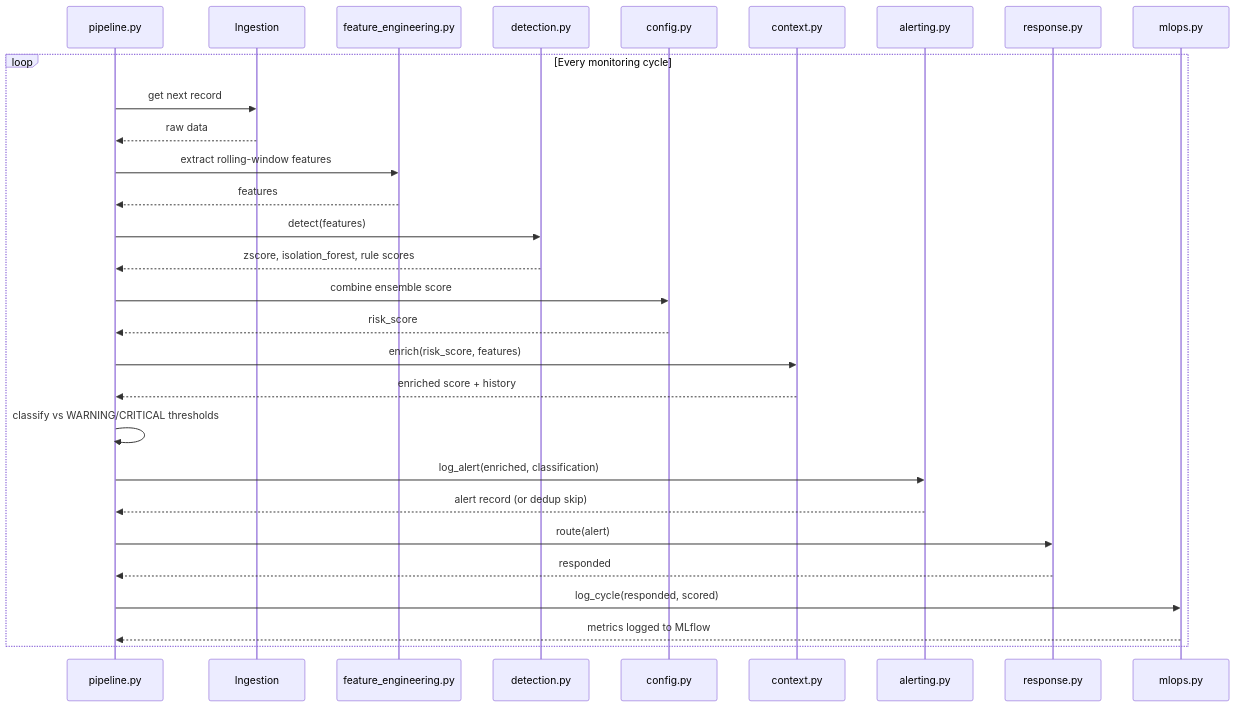
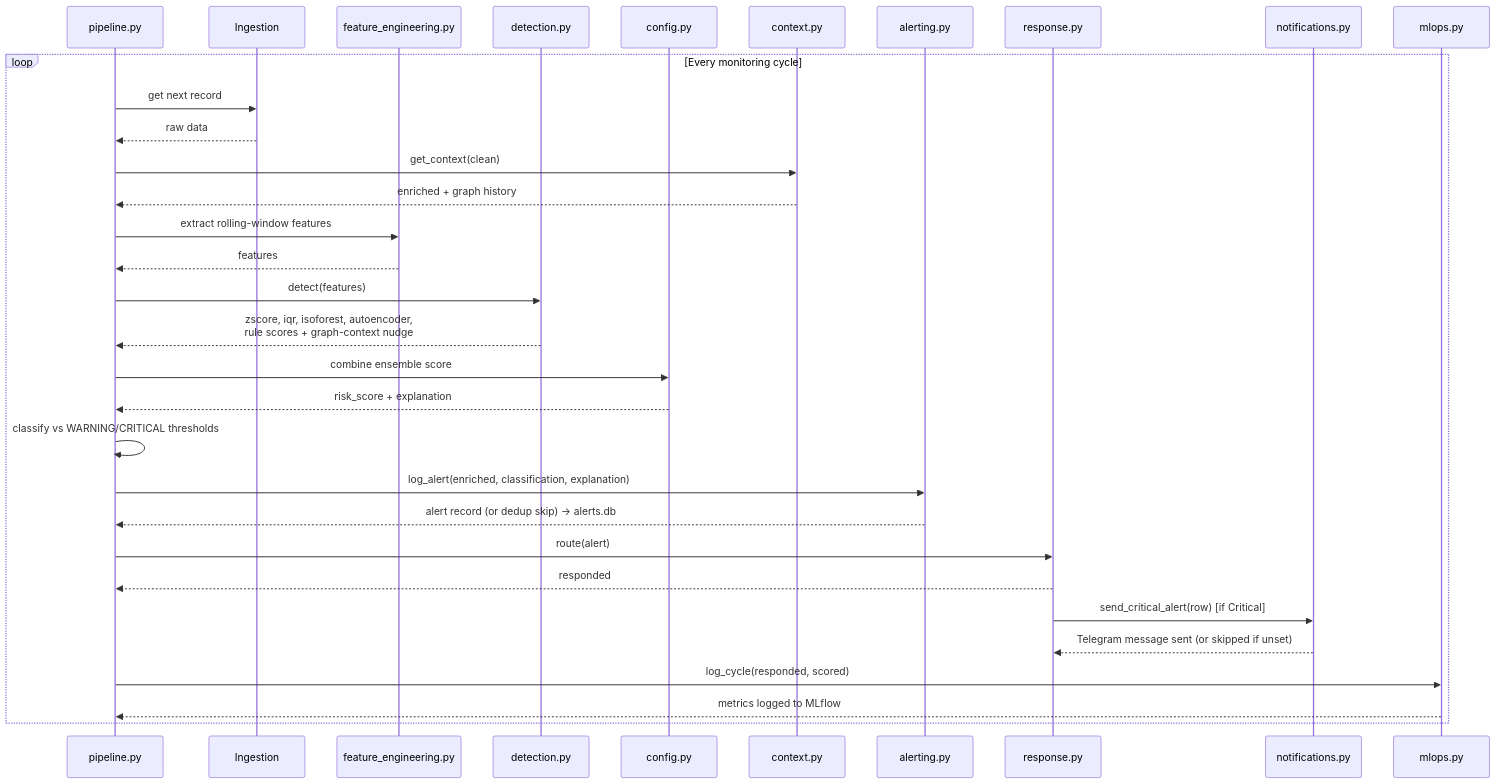
One commit to M-Abdul1ah/anomaly-detection-pipeline changed the second of 2 diagrams in README.md. Above: the diagram before and after it, drawn with Mermaid. The commit also changed other lines of this file, not shown here.

Commit message:
Update README: reflect IQR, autoencoder, graph-context nudge, Telegram, dashboard, CI

````diff
--- a/README.md
+++ b/README.md
@@ -44,32 +56,35 @@
 ```mermaid
 sequenceDiagram
     participant P as pipeline.py
     participant I as Ingestion
     participant FE as feature_engineering.py
     participant D as detection.py
     participant CFG as config.py
     participant CX as context.py
     participant AL as alerting.py
     participant R as response.py
+    participant N as notifications.py
     participant ML as mlops.py
 
     loop Every monitoring cycle
         P->>I: get next record
         I-->>P: raw data
+        P->>CX: get_context(clean)
+        CX-->>P: enriched + graph history
         P->>FE: extract rolling-window features
         FE-->>P: features
         P->>D: detect(features)
-        D-->>P: zscore, isolation_forest, rule scores
+        D-->>P: zscore, iqr, isoforest, autoencoder,<br/>rule scores + graph-context nudge
         P->>CFG: combine ensemble score
-        CFG-->>P: risk_score
-        P->>CX: enrich(risk_score, features)
-        CX-->>P: enriched score + history
+        CFG-->>P: risk_score + explanation
         P->>P: classify vs WARNING/CRITICAL thresholds
-        P->>AL: log_alert(enriched, classification)
-        AL-->>P: alert record (or dedup skip)
+        P->>AL: log_alert(enriched, classification, explanation)
+        AL-->>P: alert record (or dedup skip) → alerts.db
         P->>R: route(alert)
         R-->>P: responded
+        R->>N: send_critical_alert(row) [if Critical]
+        N-->>R: Telegram message sent (or skipped if unset)
         P->>ML: log_cycle(responded, scored)
         ML-->>P: metrics logged to MLflow
     end
 ```
````
